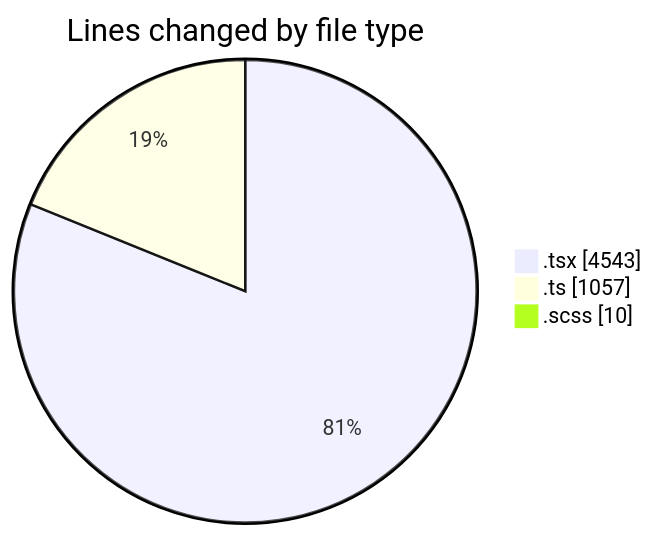
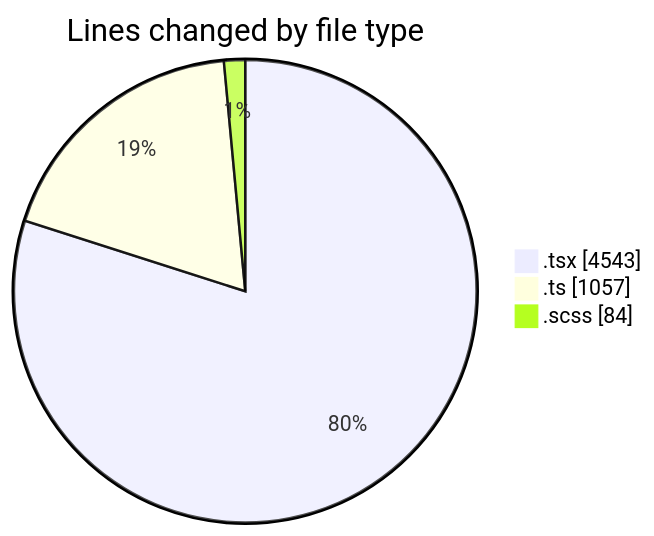
The first of 2 diagrams in 2025-07-02/cda/README.md (momahboobian/code-tracking), drawn with Mermaid before and after one commit. The commit also changed other lines of this file and 1 other file, not shown here.

````diff
--- a/2025-07-02/cda/README.md
+++ b/2025-07-02/cda/README.md
@@ -33,7 +34,7 @@
 ```mermaid
 pie showData
 title Lines changed by file type
 ".tsx" : 4543
 ".ts" : 1057
-".scss" : 10
+".scss" : 84
 ```
````
